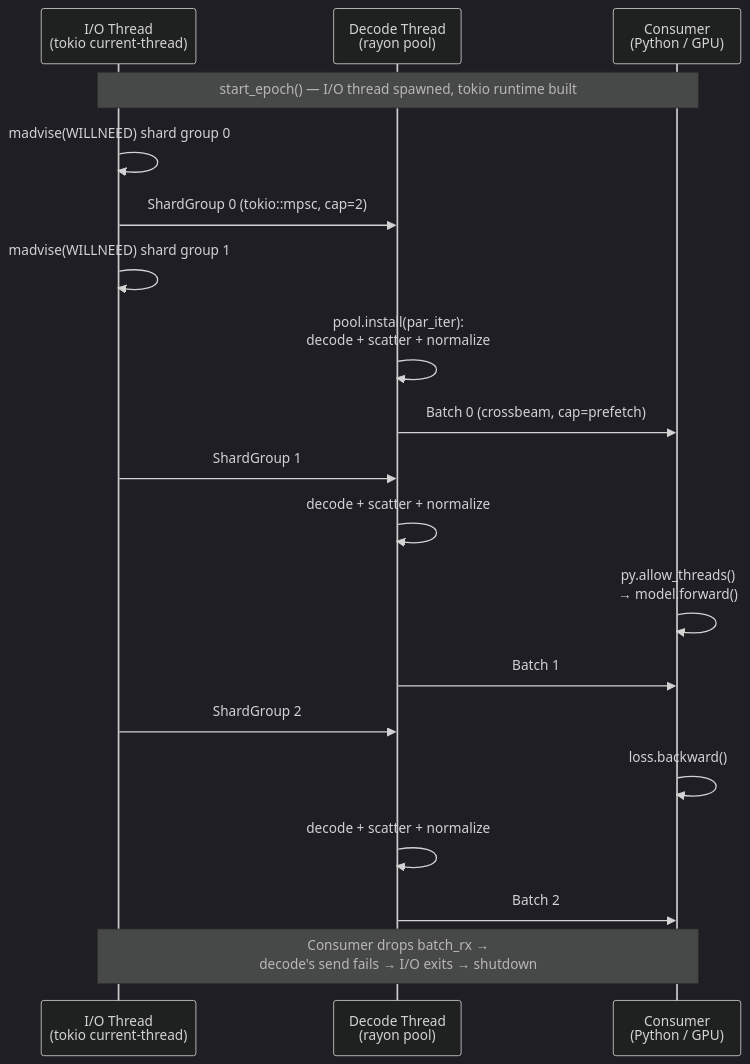
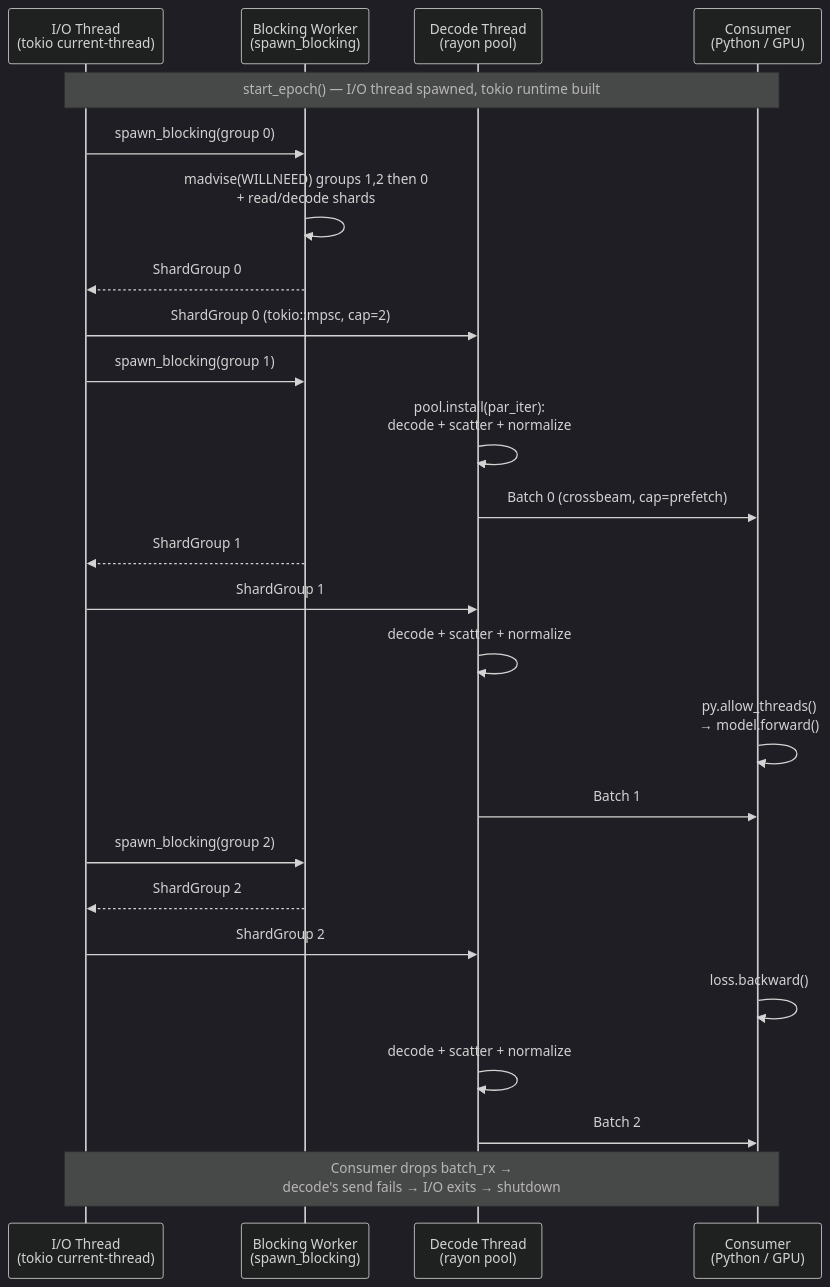
One commit to ArcInstitute/scx changed the diagram in docs/multithreading.md. Above: the diagram before and after it, drawn with Mermaid (dark theme). The commit also changed other lines of this file and 14 other files, not shown here.

````diff
--- a/docs/multithreading.md
+++ b/docs/multithreading.md
@@ -132,27 +135,33 @@
 ```mermaid
 sequenceDiagram
     participant IO as I/O Thread<br/>(tokio current-thread)
+    participant Blk as Blocking Worker<br/>(spawn_blocking)
     participant Dec as Decode Thread<br/>(rayon pool)
     participant Py as Consumer<br/>(Python / GPU)
 
     Note over IO,Py: start_epoch() — I/O thread spawned, tokio runtime built
 
-    IO->>IO: madvise(WILLNEED) shard group 0
+    IO->>Blk: spawn_blocking(group 0)
+    Blk->>Blk: madvise(WILLNEED) groups 1,2 then 0<br/>+ read/decode shards
+    Blk-->>IO: ShardGroup 0
     IO->>Dec: ShardGroup 0 (tokio::mpsc, cap=2)
-    IO->>IO: madvise(WILLNEED) shard group 1
+    IO->>Blk: spawn_blocking(group 1)
 
     Dec->>Dec: pool.install(par_iter):<br/>decode + scatter + normalize
     Dec->>Py: Batch 0 (crossbeam, cap=prefetch)
 
+    Blk-->>IO: ShardGroup 1
     IO->>Dec: ShardGroup 1
     Dec->>Dec: decode + scatter + normalize
     Py->>Py: py.allow_threads()<br/>→ model.forward()
     Dec->>Py: Batch 1
 
+    IO->>Blk: spawn_blocking(group 2)
+    Blk-->>IO: ShardGroup 2
     IO->>Dec: ShardGroup 2
     Py->>Py: loss.backward()
     Dec->>Dec: decode + scatter + normalize
     Dec->>Py: Batch 2
 
     Note over IO,Py: Consumer drops batch_rx →<br/>decode's send fails → I/O exits → shutdown
 ```
````
